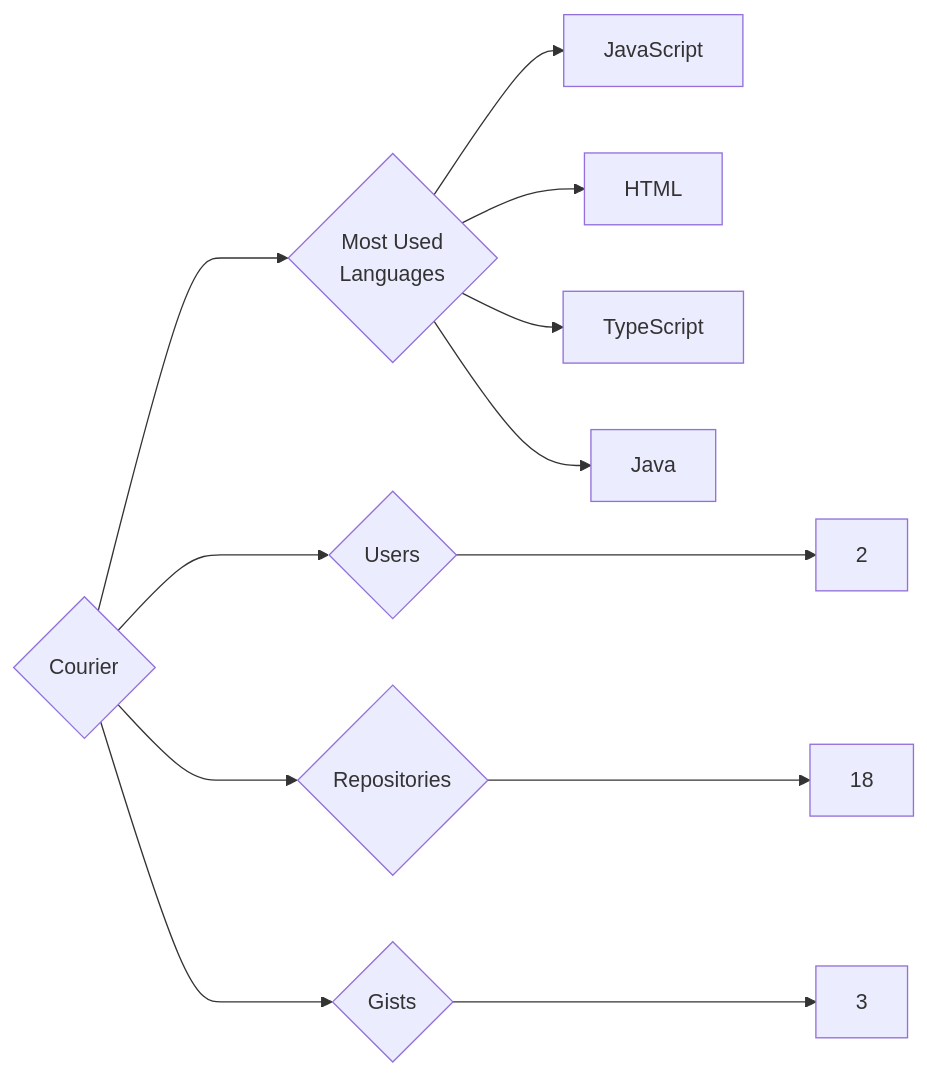
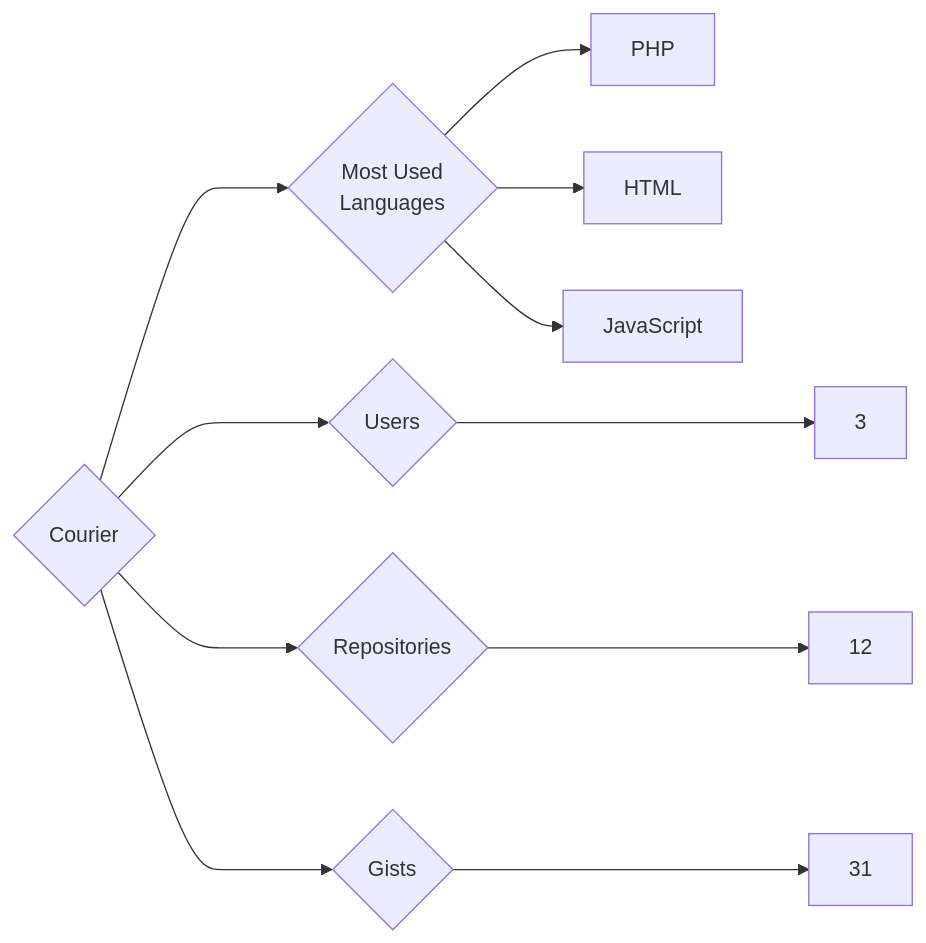
One commit to trickest/insiders changed the diagram in targets/Courier/README.md. Above: the diagram before and after it, drawn with Mermaid. The commit also changed 815 other files, not shown here.

````diff
--- a/targets/Courier/README.md
+++ b/targets/Courier/README.md
@@ -3,12 +3,11 @@
 ```mermaid
 graph LR
 COMPANY_NAME{Courier}
-COMPANY_NAME ---> U{Users} ---> UN[2]
-COMPANY_NAME ---> R{Repositories} ---> RN[18]
-COMPANY_NAME ---> G{Gists} ---> GN[3]
+COMPANY_NAME ---> U{Users} ---> UN[3]
+COMPANY_NAME ---> R{Repositories} ---> RN[12]
+COMPANY_NAME ---> G{Gists} ---> GN[31]
 COMPANY_NAME ---> ML{Most Used<br>Languages}
+ML --> PHP[PHP]
+ML --> HTML[HTML]
 ML --> JavaScript[JavaScript]
-ML --> HTML[HTML]
-ML --> TypeScript[TypeScript]
-ML --> Java[Java]
 ```
````
